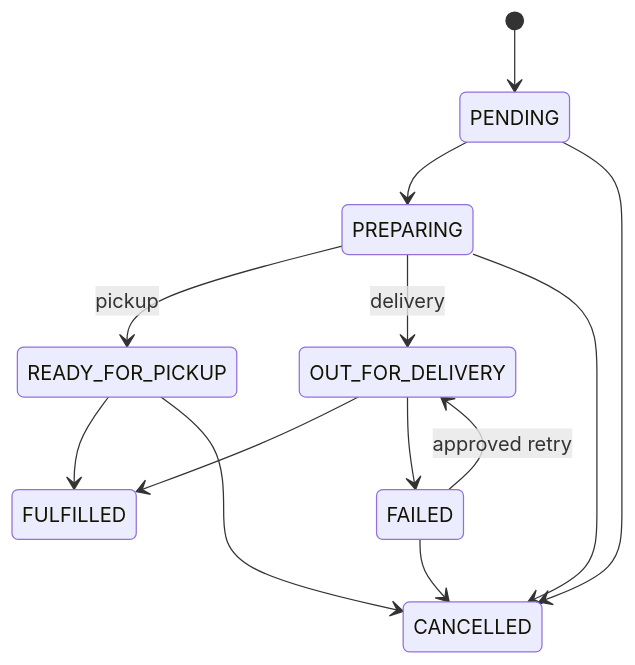
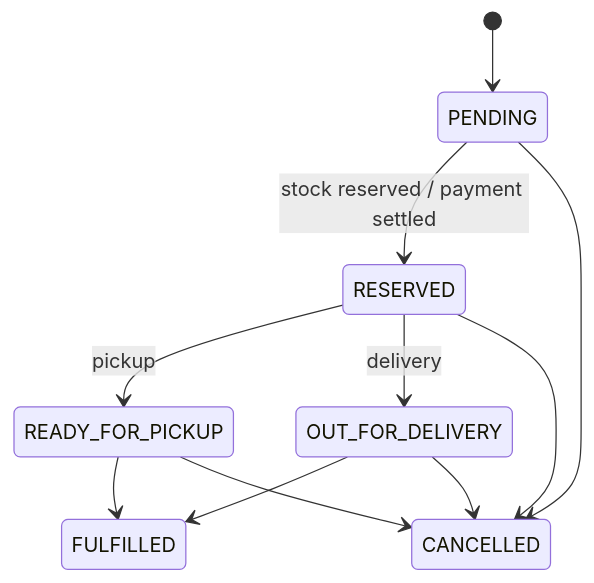
The third of 5 diagrams in docs/state-machines.md (NijatAbdullayev01/itmarket), drawn with Mermaid before and after one commit. The commit also changed other lines of this file and 81 other files, not shown here.

````diff
--- a/docs/state-machines.md
+++ b/docs/state-machines.md
@@ -104,15 +103,13 @@
 ```mermaid
 stateDiagram-v2
   [*] --> PENDING
-  PENDING --> PREPARING
+  PENDING --> RESERVED: stock reserved / payment settled
   PENDING --> CANCELLED
-  PREPARING --> READY_FOR_PICKUP: pickup
-  PREPARING --> OUT_FOR_DELIVERY: delivery
-  PREPARING --> CANCELLED
+  RESERVED --> READY_FOR_PICKUP: pickup
+  RESERVED --> OUT_FOR_DELIVERY: delivery
+  RESERVED --> CANCELLED
   READY_FOR_PICKUP --> FULFILLED
   READY_FOR_PICKUP --> CANCELLED
   OUT_FOR_DELIVERY --> FULFILLED
-  OUT_FOR_DELIVERY --> FAILED
-  FAILED --> OUT_FOR_DELIVERY: approved retry
-  FAILED --> CANCELLED
+  OUT_FOR_DELIVERY --> CANCELLED
 ```
````
